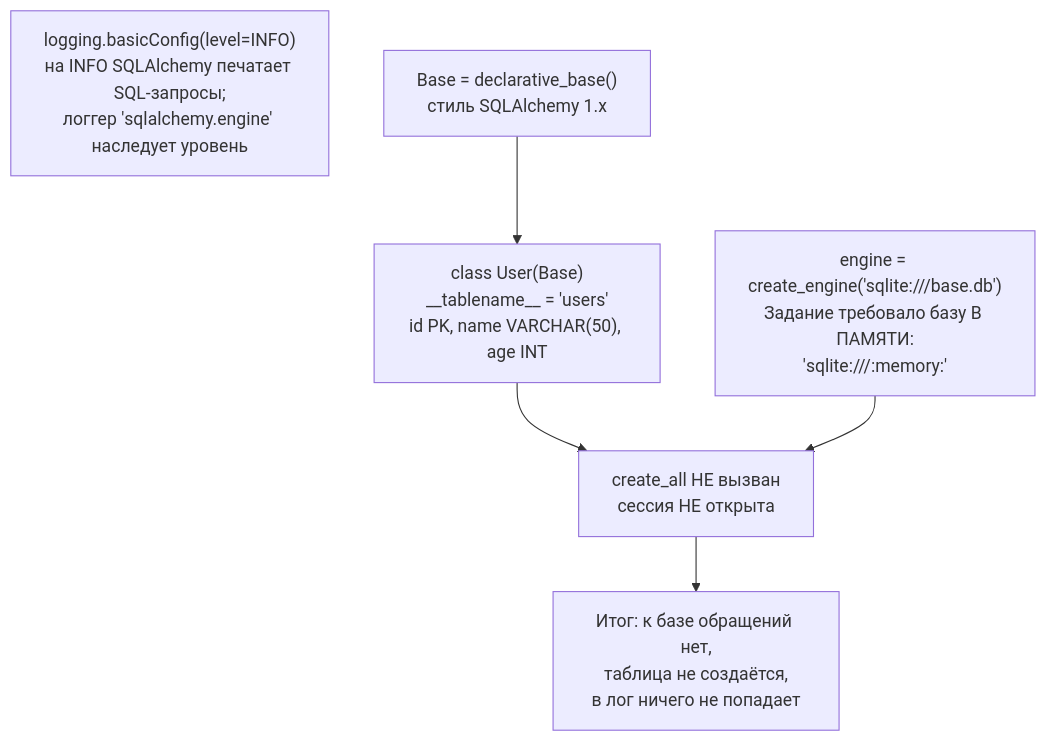
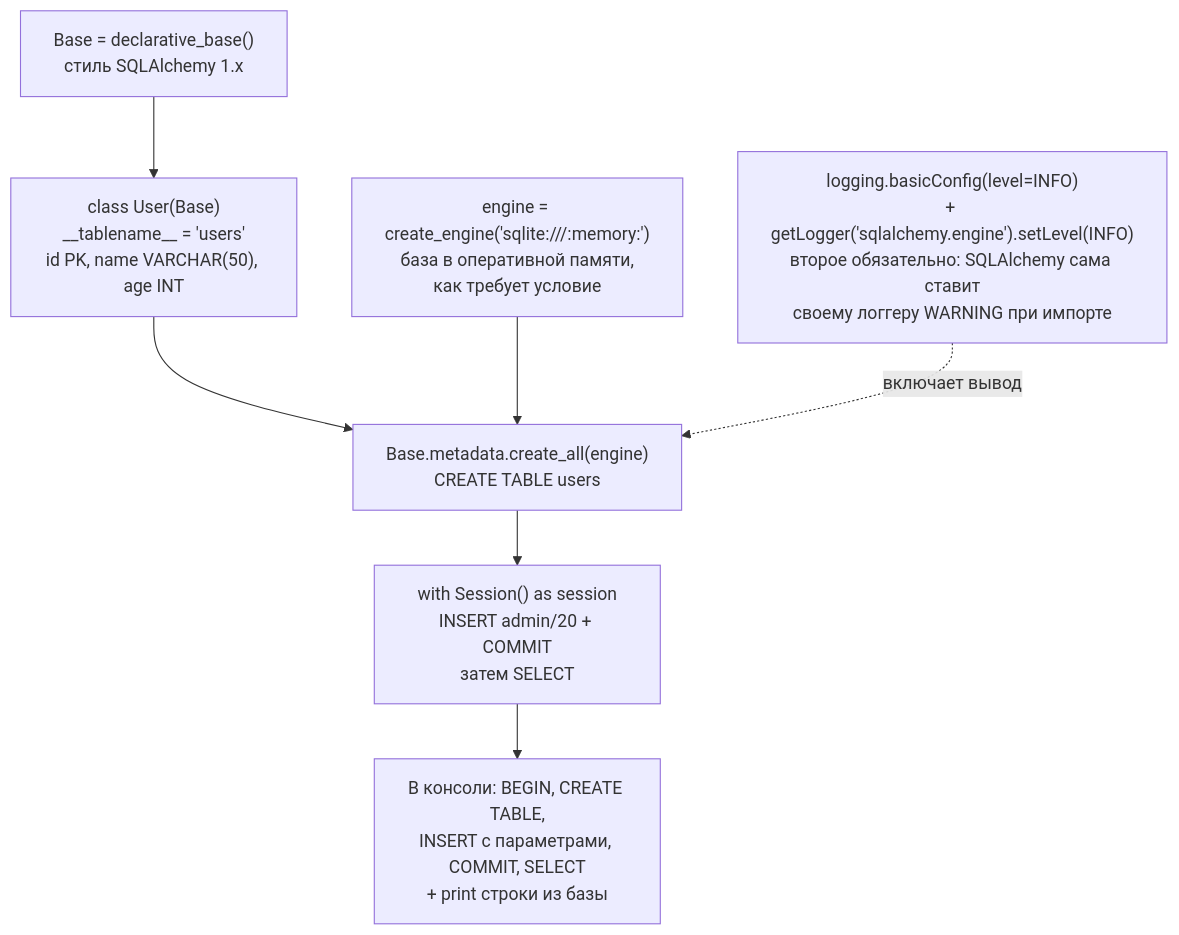
One commit to viktorplus/060326-flask changed the second of 2 diagrams in l06_practice/SCHEMA.md. Above: the diagram before and after it, drawn with Mermaid. The commit also changed other lines of this file and 29 other files, not shown here.

````diff
--- a/l06_practice/SCHEMA.md
+++ b/l06_practice/SCHEMA.md
@@ -68,12 +70,15 @@
 ```mermaid
 flowchart TB
-    L["logging.basicConfig(level=INFO)<br/>на INFO SQLAlchemy печатает SQL-запросы;<br/>логгер 'sqlalchemy.engine' наследует уровень"]
-    E["engine = create_engine('sqlite:///base.db')<br/>Задание требовало базу В ПАМЯТИ:<br/>'sqlite:///:memory:'"]
+    L["logging.basicConfig(level=INFO)<br/>+ getLogger('sqlalchemy.engine').setLevel(INFO)<br/>второе обязательно: SQLAlchemy сама ставит<br/>своему логгеру WARNING при импорте"]
+    E["engine = create_engine('sqlite:///:memory:')<br/>база в оперативной памяти,<br/>как требует условие"]
     B["Base = declarative_base()<br/>стиль SQLAlchemy 1.x"]
     U["class User(Base)<br/>__tablename__ = 'users'<br/>id PK, name VARCHAR(50), age INT"]
     B --> U
-    X["create_all НЕ вызван<br/>сессия НЕ открыта"]
-    U --> X
-    E --> X
-    X --> Nothing["Итог: к базе обращений нет,<br/>таблица не создаётся,<br/>в лог ничего не попадает"]
+    C["Base.metadata.create_all(engine)<br/>CREATE TABLE users"]
+    U --> C
+    E --> C
+    S["with Session() as session<br/>INSERT admin/20 + COMMIT<br/>затем SELECT"]
+    C --> S
+    L -.->|"включает вывод"| C
+    S --> Out["В консоли: BEGIN, CREATE TABLE,<br/>INSERT с параметрами, COMMIT, SELECT<br/>+ print строки из базы"]
 ```
````
